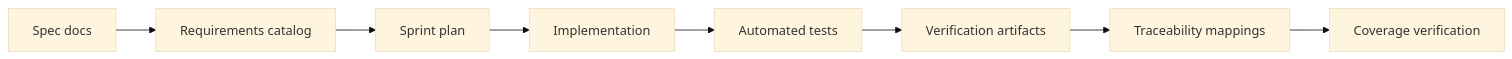
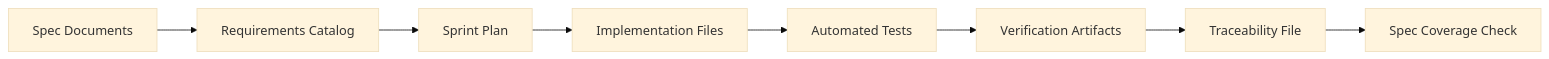
The fourth of 5 diagrams in docs/sprints/SPRINT-003-close-spec-parity-tcl.md (jaytaylor/attractor-tcl), drawn with Mermaid (base theme) before and after one commit. The commit also changed other lines of this file, not shown here.

Commit message:
docs: sync Sprint 003 parity plan to completed implementation state

````diff
--- a/docs/sprints/SPRINT-003-close-spec-parity-tcl.md
+++ b/docs/sprints/SPRINT-003-close-spec-parity-tcl.md
@@ -1457,10 +1030,10 @@
 ```mermaid
 flowchart LR
-  SPEC[Spec docs] --> CATALOG[Requirements catalog]
-  CATALOG --> PLAN[Sprint plan]
-  PLAN --> CODE[Implementation]
-  CODE --> TESTS[Automated tests]
-  TESTS --> EVIDENCE[Verification artifacts]
-  EVIDENCE --> TRACE[Traceability mappings]
-  TRACE --> COVERAGE[Coverage verification]
+  SPEC[Spec Documents] --> CATALOG[Requirements Catalog]
+  CATALOG --> PLAN[Sprint Plan]
+  PLAN --> CODE[Implementation Files]
+  CODE --> TESTS[Automated Tests]
+  TESTS --> EVIDENCE[Verification Artifacts]
+  EVIDENCE --> TRACE[Traceability File]
+  TRACE --> COVERAGE[Spec Coverage Check]
 ```
````
